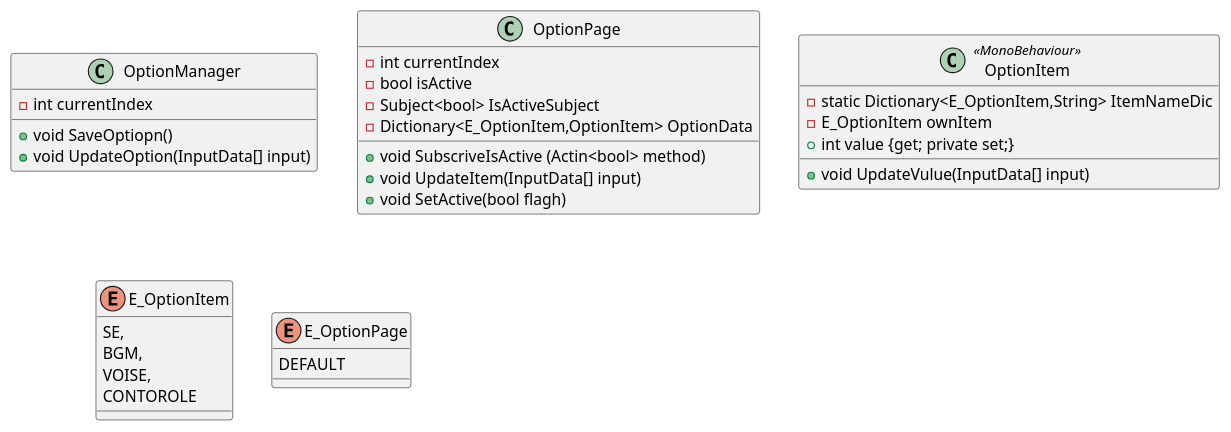
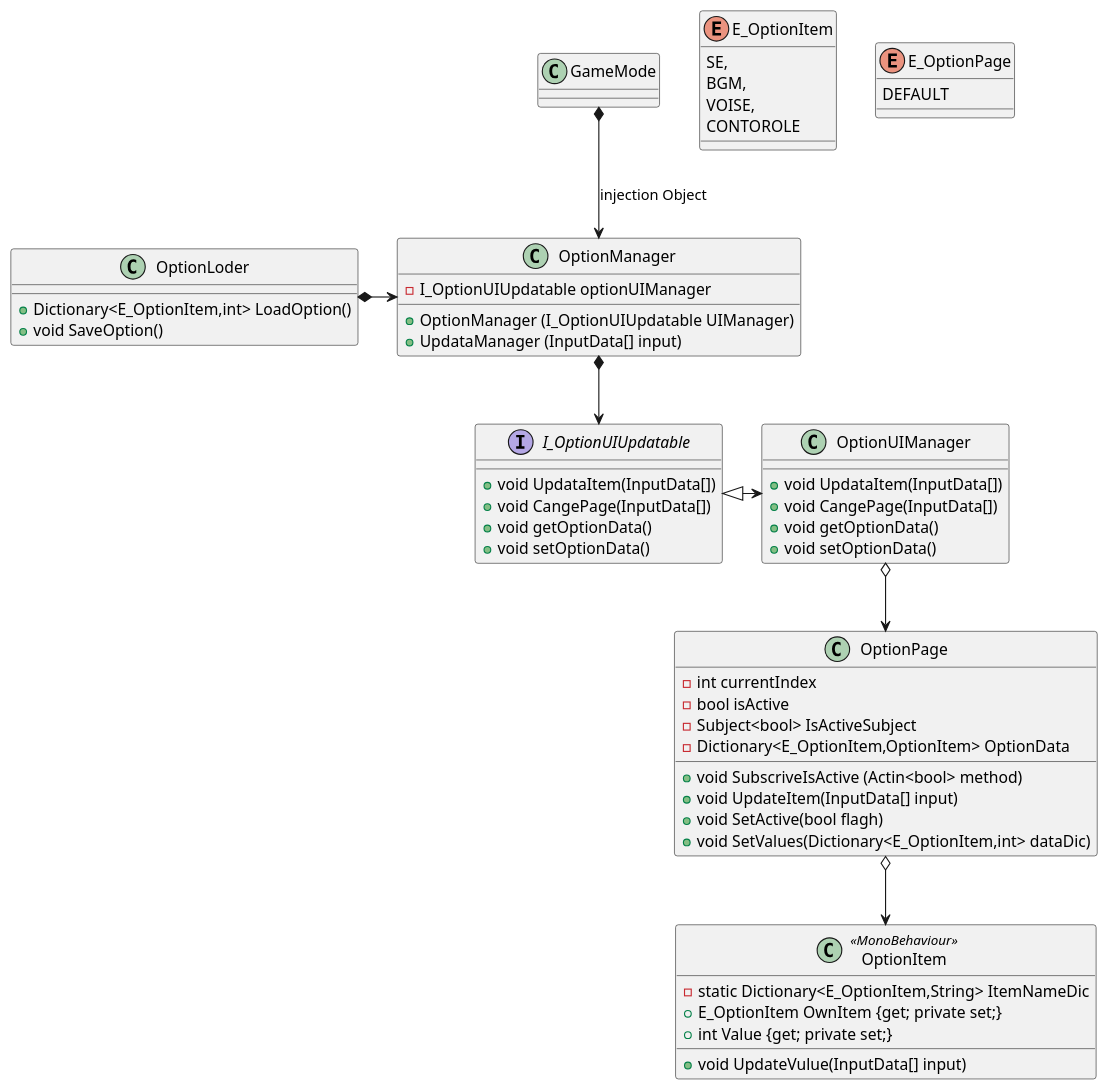
The diagram in Assets/Uml/Zunda/Class/OptionManager.pu (tezumozu/Unity_tests), drawn with PlantUML before and after one commit. The commit also changed 38 other files, not shown here.

Commit message:
update AreaLoder to GenericAsetLoader and update GameMode class

```diff
--- a/Assets/Uml/Zunda/Class/OptionManager.pu
+++ b/Assets/Uml/Zunda/Class/OptionManager.pu
@@ -1,40 +1,72 @@
 @startuml オプション周りのクラス設計
 
     class OptionManager {
-        - int currentIndex
+        - I_OptionUIUpdatable optionUIManager
 
-        + void SaveOptiopn()       
-        + void UpdateOption(InputData[] input)
+        + OptionManager (I_OptionUIUpdatable UIManager)
+        + UpdataManager (InputData[] input)
     }
+
+    interface I_OptionUIUpdatable{
+        + void UpdataItem(InputData[])
+        + void CangePage(InputData[])
+        + void getOptionData()
+        + void setOptionData()
+
+    }
+
+    class OptionUIManager {
+        + void UpdataItem(InputData[])
+        + void CangePage(InputData[])
+        + void getOptionData()
+        + void setOptionData()
+    }
+
+
+    class OptionLoder{
+        + Dictionary<E_OptionItem,int> LoadOption()
+        + void SaveOption()
+    }
+
 
     class OptionPage {
         - int currentIndex
         - bool isActive
         - Subject<bool> IsActiveSubject
         - Dictionary<E_OptionItem,OptionItem> OptionData
 
         + void SubscriveIsActive (Actin<bool> method)
         + void UpdateItem(InputData[] input)
         + void SetActive(bool flagh)
+        + void SetValues(Dictionary<E_OptionItem,int> dataDic)
     }
 
     class OptionItem <<MonoBehaviour>>{
         - static Dictionary<E_OptionItem,String> ItemNameDic 
-        - E_OptionItem ownItem
-        + int value {get; private set;}
+        + E_OptionItem OwnItem {get; private set;}
+        + int Value {get; private set;}
         + void UpdateVulue(InputData[] input)
+    }
+
+    class GameMode{
 
     }
 
     enum E_OptionItem{
         SE,
         BGM,
         VOISE,
         CONTOROLE
     }
 
     enum E_OptionPage{
         DEFAULT
     }
 
+    OptionLoder *-right-> OptionManager
+    GameMode *--> OptionManager : injection Object
+    OptionManager *--> I_OptionUIUpdatable
+    I_OptionUIUpdatable <|-right-> OptionUIManager
+    OptionUIManager o--> OptionPage
+    OptionPage o--> OptionItem 
 @enduml
```
